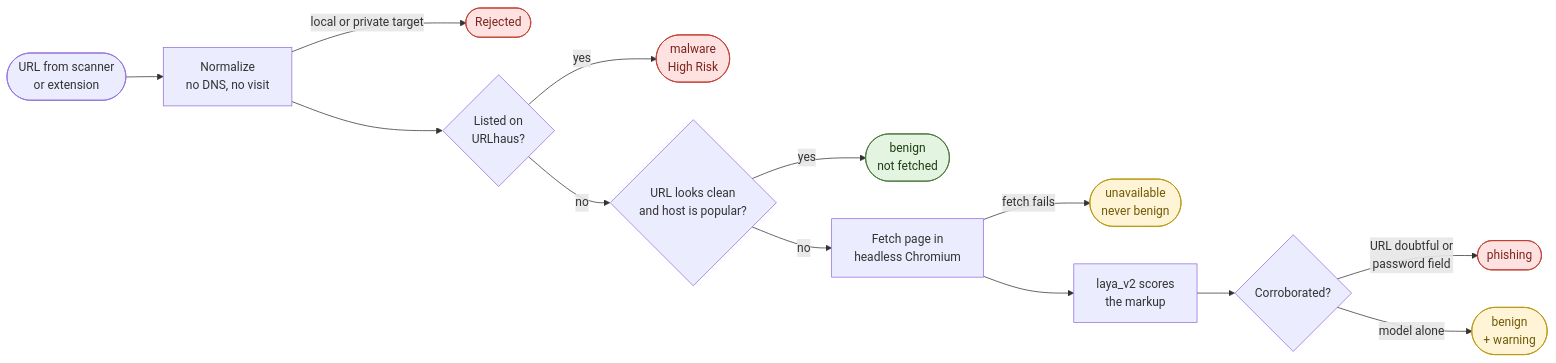
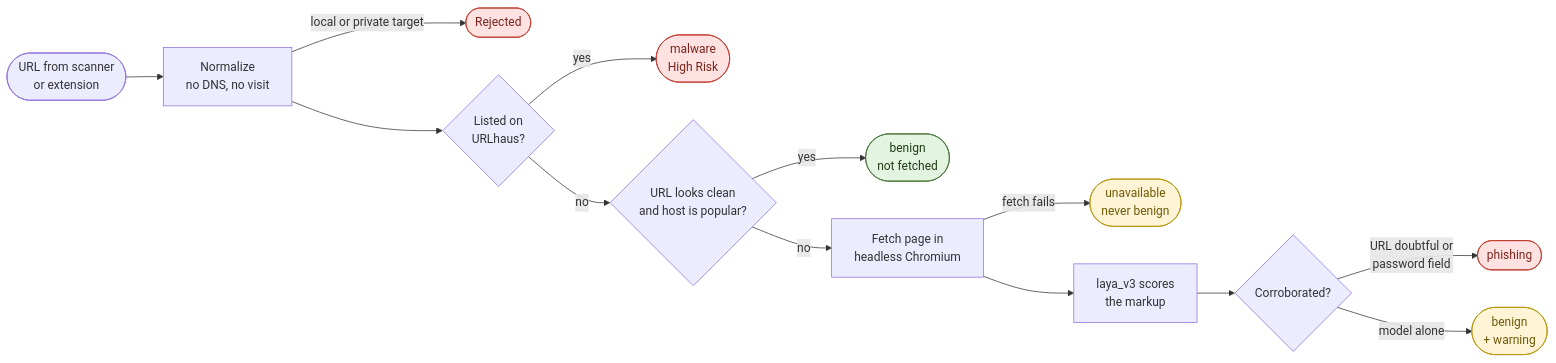
The first of 2 diagrams in README.md (juanariviano/Phisang), drawn with Mermaid before and after one commit. The commit also changed other lines of this file and 32 other files, not shown here.

````diff
--- a/README.md
+++ b/README.md
@@ -33,22 +35,22 @@
 ```mermaid
 flowchart LR
     A([URL from scanner<br/>or extension]) --> B[Normalize<br/>no DNS, no visit]
     B -->|local or private target| X([Rejected])
     B --> C{Listed on<br/>URLhaus?}
     C -->|yes| M([malware<br/>High Risk])
     C -->|no| D{URL looks clean<br/>and host is popular?}
     D -->|yes| S([benign<br/>not fetched])
     D -->|no| E[Fetch page in<br/>headless Chromium]
     E -->|fetch fails| U([unavailable<br/>never benign])
-    E --> F[laya_v2 scores<br/>the markup]
+    E --> F[laya_v3 scores<br/>the markup]
     F --> G{Corroborated?}
     G -->|URL doubtful or<br/>password field| P([phishing])
     G -->|model alone| W([benign<br/>+ warning])
 
     classDef bad fill:#fde2e1,stroke:#c0392b,color:#7b241c
     classDef good fill:#e3f4e1,stroke:#467235,color:#1e3d14
     classDef meh fill:#fff4d6,stroke:#b7950b,color:#6e5a07
     class M,P,X bad
     class S good
     class U,W meh
 ```
````
